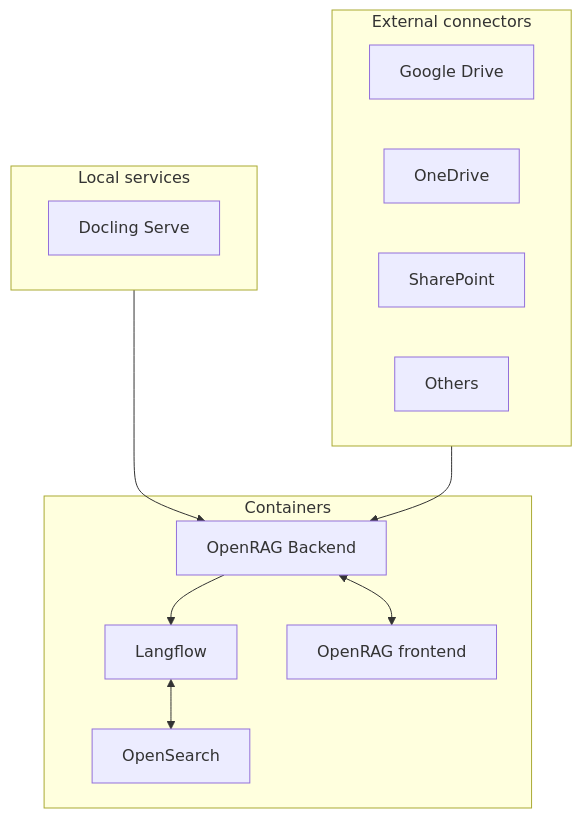
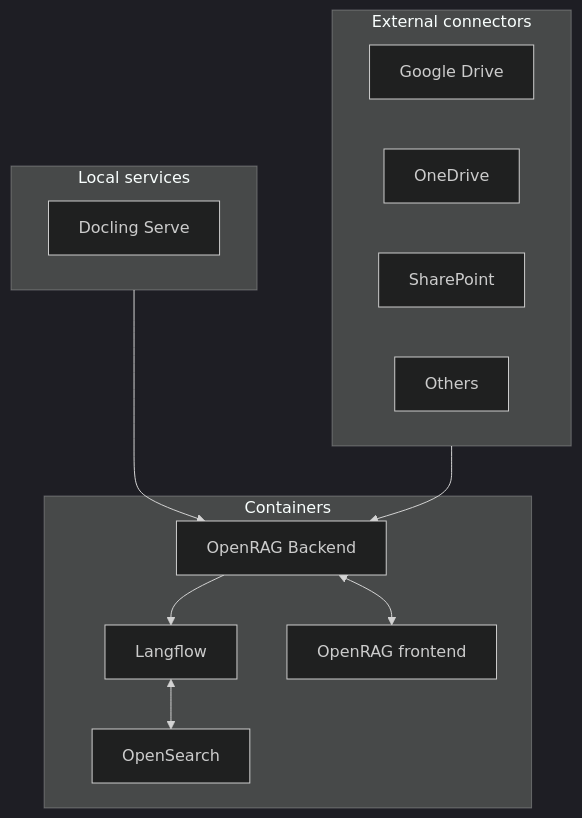
The diagram in docs/docs/get-started/what-is-openrag.mdx (langflow-ai/openrag), drawn with Mermaid before and after one commit.

Commit message:
try dark theme

````diff
--- a/docs/docs/get-started/what-is-openrag.mdx
+++ b/docs/docs/get-started/what-is-openrag.mdx
@@ -29,19 +29,23 @@
 ```mermaid
+---
+config:
+  theme: 'dark'
+---
 flowchart TD
     subgraph Containers
     backend[OpenRAG Backend] --> langflow[Langflow]
     langflow <--> opensearch[OpenSearch]
     backend <--> frontend[OpenRAG frontend]
     end
     subgraph local [Local services]
     docling[Docling Serve]
     end
     subgraph ext [External connectors]
     drive1[Google Drive]
     drive2[OneDrive]
     drive3[SharePoint]
     drive4[Others]
     end
     local --> backend
     ext --> backend
 ```
````
